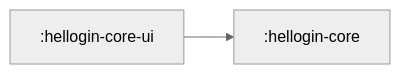
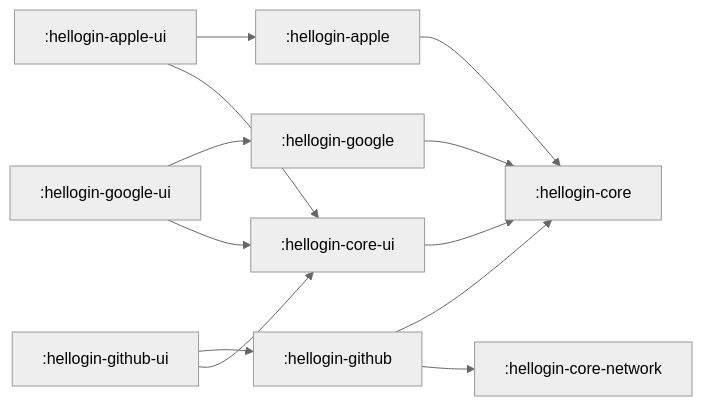
The diagram in README.MD (jmseb3/helLogin), drawn with Mermaid before and after one commit. The commit also changed 11 other files, not shown here.

````diff
--- a/README.MD
+++ b/README.MD
@@ -28,10 +28,20 @@
 ```mermaid
 %%{
   init: {
     'theme': 'neutral'
   }
 }%%
 
 graph LR
   :hellogin-core-ui --> :hellogin-core
+  :hellogin-google --> :hellogin-core
+  :hellogin-apple --> :hellogin-core
+  :hellogin-apple-ui --> :hellogin-apple
+  :hellogin-apple-ui --> :hellogin-core-ui
+  :hellogin-github --> :hellogin-core
+  :hellogin-github --> :hellogin-core-network
+  :hellogin-google-ui --> :hellogin-google
+  :hellogin-google-ui --> :hellogin-core-ui
+  :hellogin-github-ui --> :hellogin-github
+  :hellogin-github-ui --> :hellogin-core-ui
 ```
````
